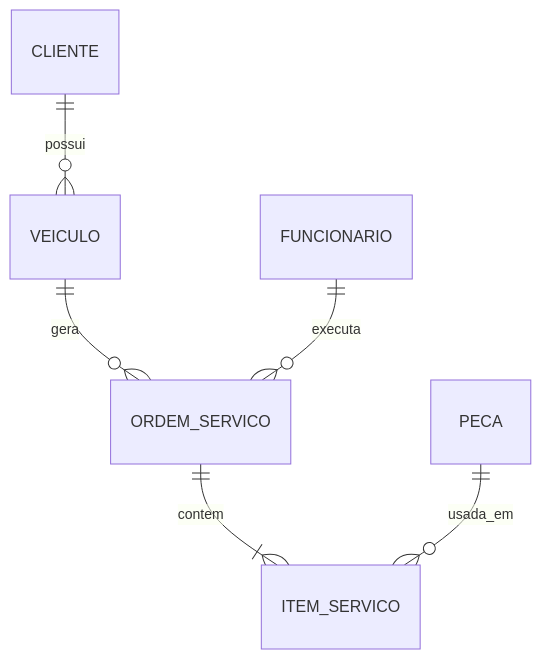
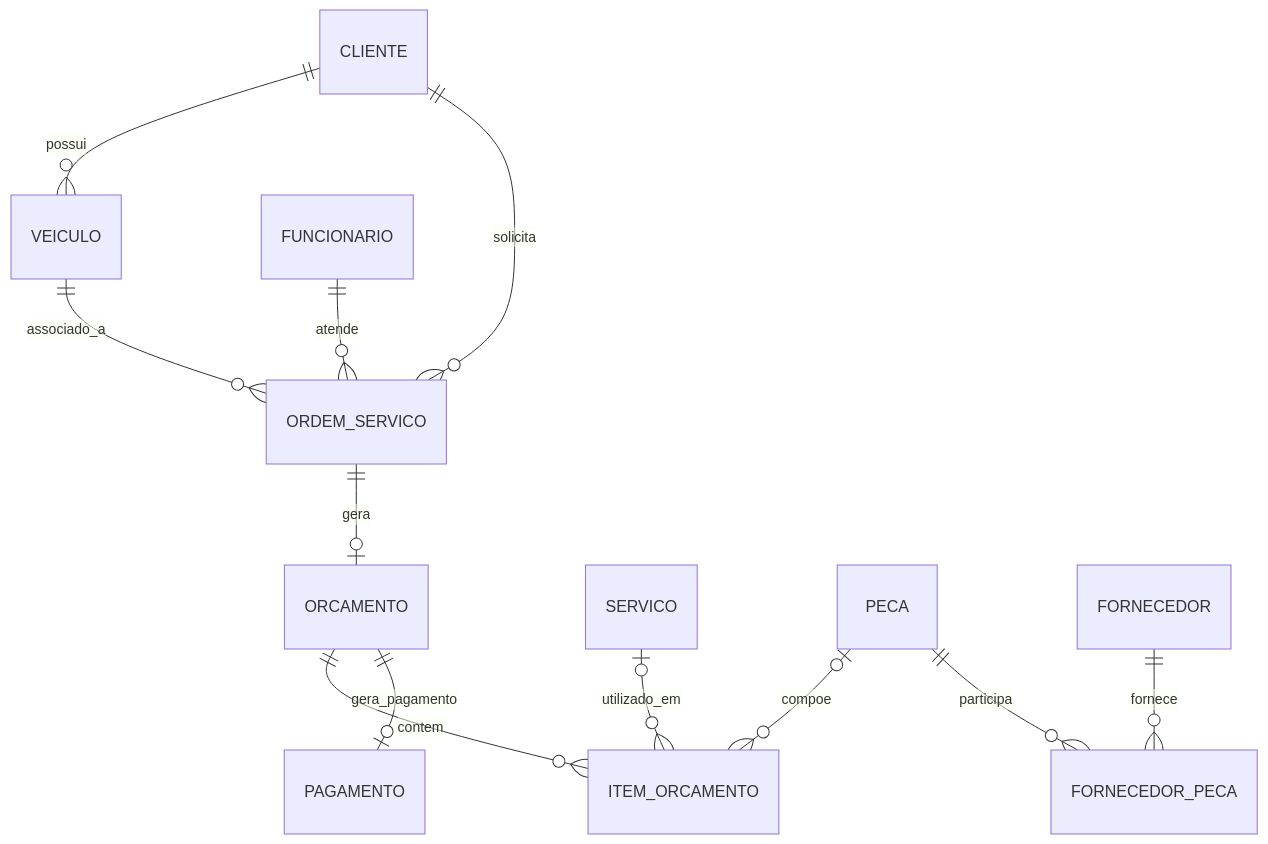
One commit to Lipe0921/Lipe0921 changed the diagram in README.md. Above: the diagram before and after it, drawn with Mermaid. The commit also changed other lines of this file, not shown here.

````diff
--- a/README.md
+++ b/README.md
@@ -141,8 +166,14 @@
 ```mermaid
 erDiagram
     CLIENTE ||--o{ VEICULO : possui
-    VEICULO ||--o{ ORDEM_SERVICO : gera
-    ORDEM_SERVICO ||--|{ ITEM_SERVICO : contem
-    FUNCIONARIO ||--o{ ORDEM_SERVICO : executa
-    PECA ||--o{ ITEM_SERVICO : usada_em
+    CLIENTE ||--o{ ORDEM_SERVICO : solicita
+    VEICULO ||--o{ ORDEM_SERVICO : associado_a
+    FUNCIONARIO ||--o{ ORDEM_SERVICO : atende
+    ORDEM_SERVICO ||--o| ORCAMENTO : gera
+    ORCAMENTO ||--o{ ITEM_ORCAMENTO : contem
+    SERVICO |o--o{ ITEM_ORCAMENTO : utilizado_em
+    PECA |o--o{ ITEM_ORCAMENTO : compoe
+    ORCAMENTO ||--o| PAGAMENTO : gera_pagamento
+    FORNECEDOR ||--o{ FORNECEDOR_PECA : fornece
+    PECA ||--o{ FORNECEDOR_PECA : participa
 ```
````
